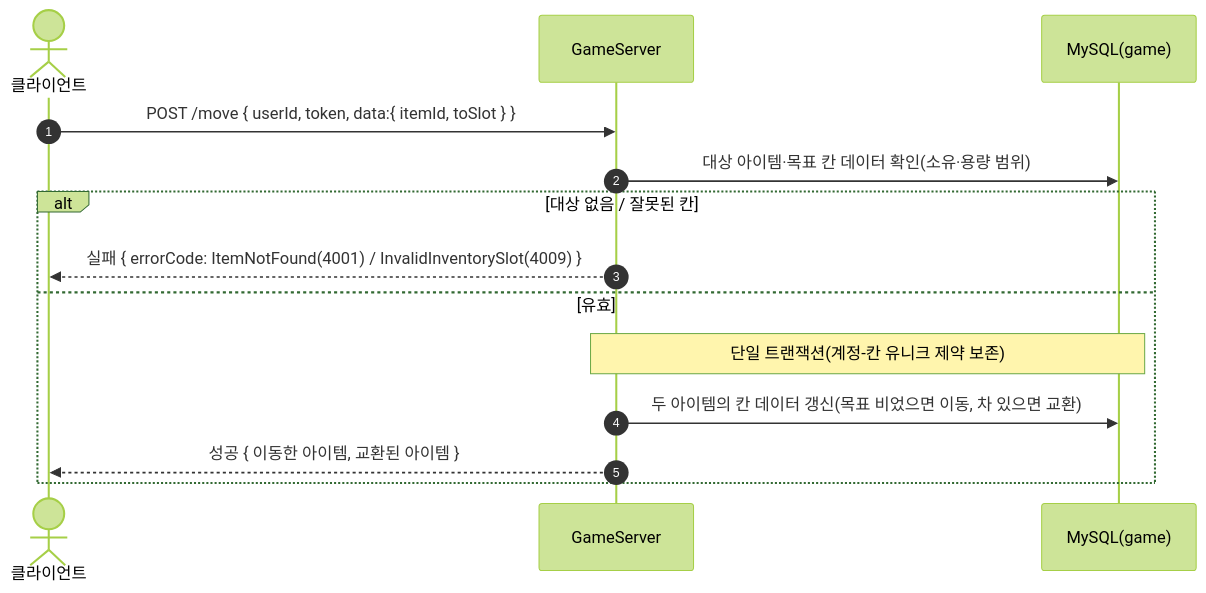
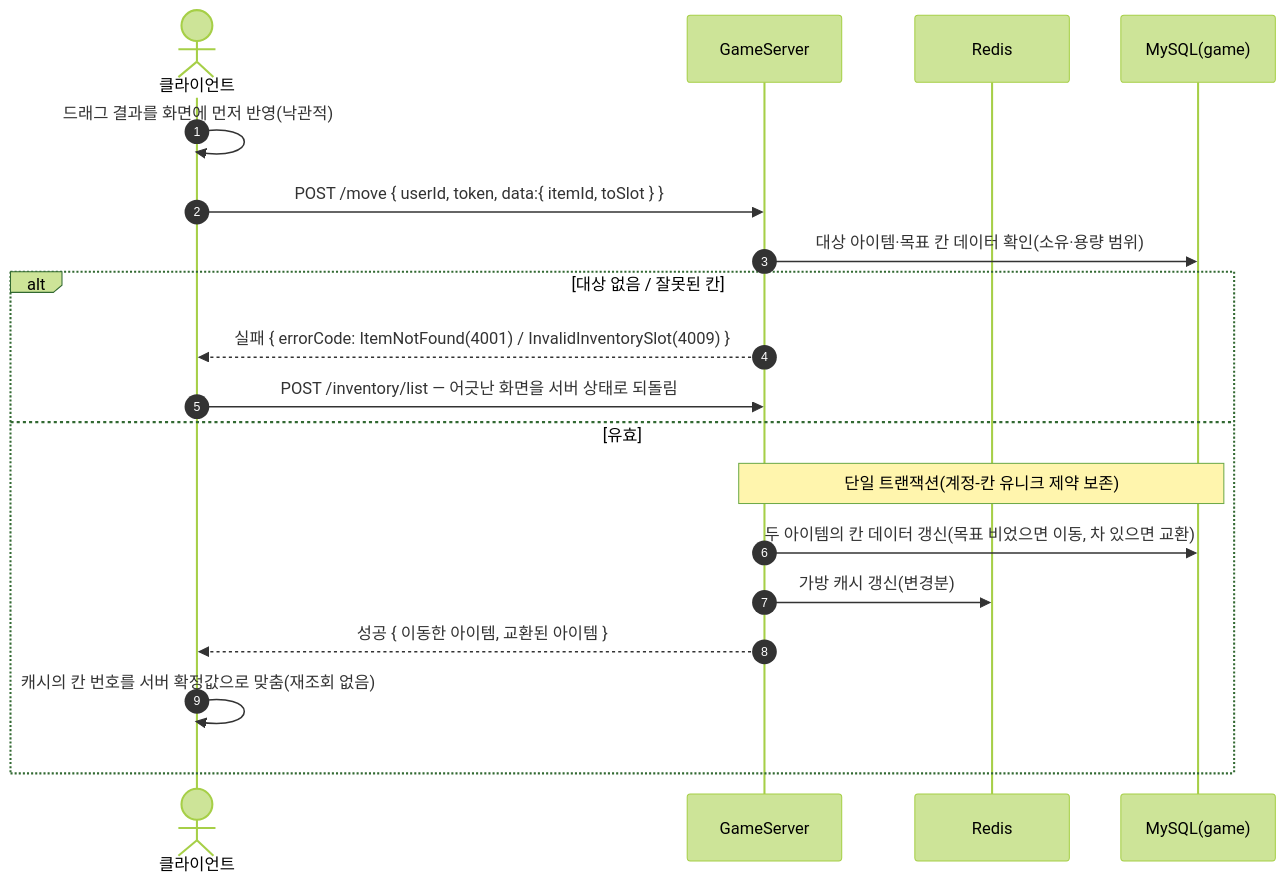
One commit to ks-wook/com2us-taskbar-hero changed diagram 14 of 35 in SequenceDiagram/README.md. Above: the diagram before and after it, drawn with Mermaid (forest theme). The commit also changed other lines of this file and 13 other files, not shown here.

````diff
--- a/SequenceDiagram/README.md
+++ b/SequenceDiagram/README.md
@@ -456,17 +476,22 @@
 ```mermaid
 sequenceDiagram
     autonumber
     actor C as 클라이언트
     participant S as GameServer
+    participant R as Redis
     participant DB as MySQL(game)
 
+    C->>C: 드래그 결과를 화면에 먼저 반영(낙관적)
     C->>S: POST /move { userId, token, data:{ itemId, toSlot } }
     S->>DB: 대상 아이템·목표 칸 데이터 확인(소유·용량 범위)
     alt 대상 없음 / 잘못된 칸
         S-->>C: 실패 { errorCode: ItemNotFound(4001) / InvalidInventorySlot(4009) }
+        C->>S: POST /inventory/list — 어긋난 화면을 서버 상태로 되돌림
     else 유효
         Note over S,DB: 단일 트랜잭션(계정-칸 유니크 제약 보존)
         S->>DB: 두 아이템의 칸 데이터 갱신(목표 비었으면 이동, 차 있으면 교환)
+        S->>R: 가방 캐시 갱신(변경분)
         S-->>C: 성공 { 이동한 아이템, 교환된 아이템 }
+        C->>C: 캐시의 칸 번호를 서버 확정값으로 맞춤(재조회 없음)
     end
 ```
````
